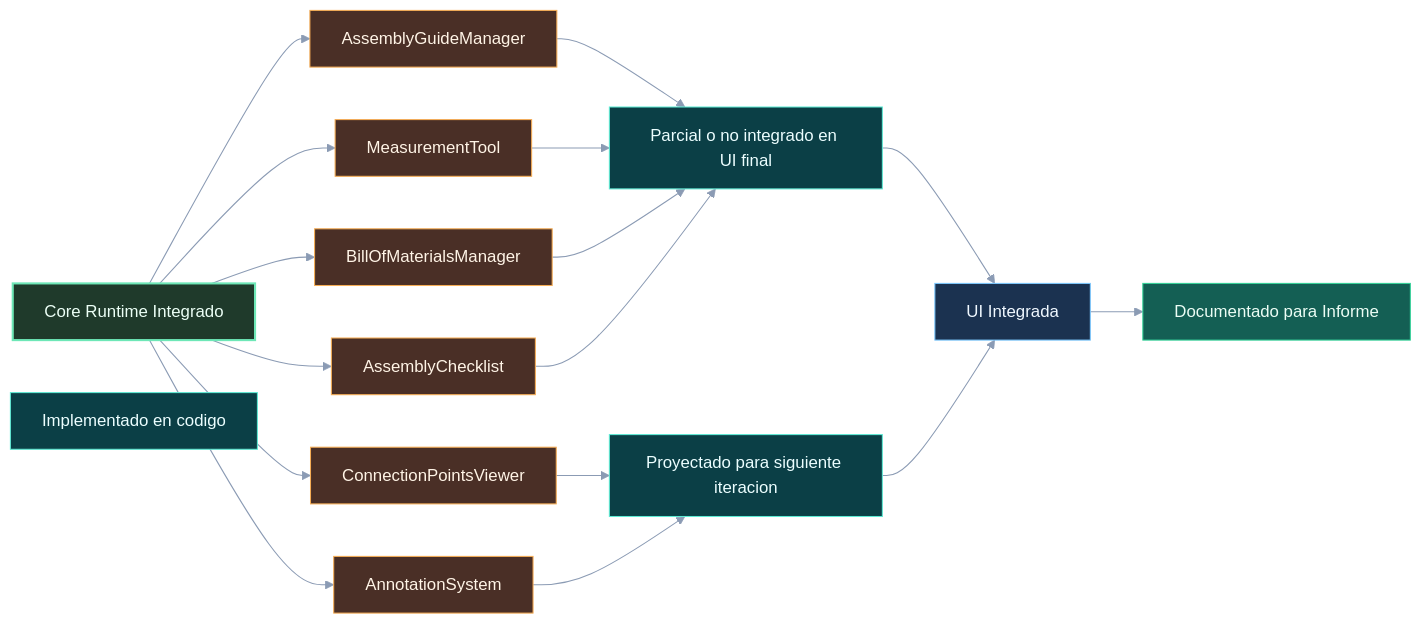
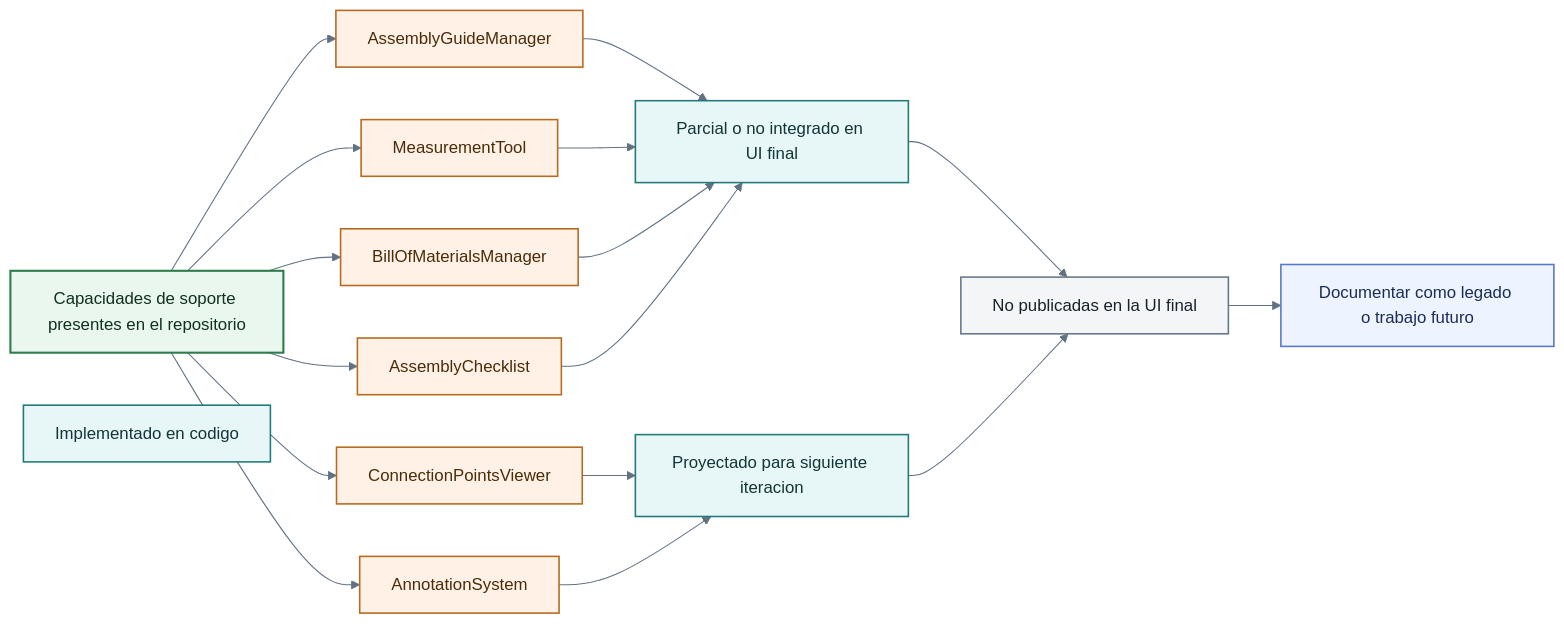
One commit to delarge95/WebGL-Thesis-Proposal changed the diagram in Informe_final/Desarrollo_App/Audits/07_Diagrams_Workflow/rendered/fig_4_9.mmd. Above: the diagram before and after it, drawn with Mermaid. The commit also changed other lines of this file and 53 other files, not shown here.

First line of the commit message:
Checkpoint 2026-04-12: correcciones ortograficas, audits y rerender Mermaid en propuesta/informe

```diff
--- a/Informe_final/Desarrollo_App/Audits/07_Diagrams_Workflow/rendered/fig_4_9.mmd
+++ b/Informe_final/Desarrollo_App/Audits/07_Diagrams_Workflow/rendered/fig_4_9.mmd
@@ -1,60 +1,60 @@
 %%{init: {'theme':'base','themeVariables': {
-  'fontFamily':'system-ui, -apple-system, Segoe UI, sans-serif',
-  'background':'#0b0f17',
-  'primaryColor':'#151b2b',
-  'primaryTextColor':'#e6edf7',
-  'primaryBorderColor':'#7dd3fc',
-  'lineColor':'#8b9bb4',
-  'textColor':'#e6edf7',
-  'edgeLabelBackground':'#0f1724'
+  'fontFamily':'Trebuchet MS, Segoe UI, sans-serif',
+  'background':'#fcfcf8',
+  'primaryColor':'#f5f7fb',
+  'primaryTextColor':'#102033',
+  'primaryBorderColor':'#4a6fa5',
+  'lineColor':'#617184',
+  'textColor':'#102033',
+  'edgeLabelBackground':'#f7f9fc'
 }}}%%
 flowchart LR
-  CORE[Core Runtime Integrado]
-  UI[UI Integrada]
-  DOC[Documentado para Informe]
+  CORE[Capacidades de soporte presentes en el repositorio]
+  UI[No publicadas en la UI final]
+  DOC[Documentar como legado o trabajo futuro]
 
   A1[AssemblyGuideManager]
   A2[MeasurementTool]
   A3[ConnectionPointsViewer]
   A4[BillOfMaterialsManager]
   A5[AnnotationSystem]
   A6[AssemblyChecklist]
 
   ST1[Implementado en codigo]
   ST2[Parcial o no integrado en UI final]
   ST3[Proyectado para siguiente iteracion]
 
   CORE --> A1
   CORE --> A2
   CORE --> A3
   CORE --> A4
   CORE --> A5
   CORE --> A6
 
   A1 --> ST2
   A2 --> ST2
   A3 --> ST3
   A4 --> ST2
   A5 --> ST3
   A6 --> ST2
 
   ST2 --> UI
   ST3 --> UI
   UI --> DOC
 
-  classDef ui fill:#1b3250,stroke:#7cc8ff,color:#f0f8ff,stroke-width:1px;
-  classDef orch fill:#1f3a2b,stroke:#6ee7b7,color:#ecfff6,stroke-width:2px;
-  classDef svc fill:#4a2f26,stroke:#f6ad55,color:#fff4e6,stroke-width:1px;
-  classDef data fill:#2f2a44,stroke:#c4b5fd,color:#f5f3ff,stroke-width:1px;
-  classDef event fill:#3d2348,stroke:#e879f9,color:#fdf4ff,stroke-width:1px;
-  classDef state fill:#0b3f46,stroke:#5eead4,color:#ecfeff,stroke-width:1px;
-  classDef risk fill:#5a1c1c,stroke:#f87171,color:#fff1f2,stroke-width:2px;
-  classDef mitigation fill:#223a76,stroke:#7dd3fc,color:#f0f8ff,stroke-width:1px;
-  classDef result fill:#145f54,stroke:#34d399,color:#ecfdf5,stroke-width:1px;
-  classDef neutral fill:#2b3140,stroke:#8b9bb4,color:#e6edf7,stroke-width:1px;
+  classDef ui fill:#eaf2fb,stroke:#3b6ea5,color:#102033,stroke-width:1.5px;
+  classDef orch fill:#e9f7ef,stroke:#2f7d4c,color:#10311c,stroke-width:2px;
+  classDef svc fill:#fff1e6,stroke:#b56a1e,color:#4b2b08,stroke-width:1.5px;
+  classDef data fill:#f2ecfb,stroke:#7a59b5,color:#281642,stroke-width:1.5px;
+  classDef event fill:#f7e9fa,stroke:#a44fb3,color:#45154a,stroke-width:1.5px;
+  classDef state fill:#e7f6f7,stroke:#21797a,color:#123536,stroke-width:1.5px;
+  classDef risk fill:#fdeaea,stroke:#c23b3b,color:#5a1515,stroke-width:2px;
+  classDef mitigation fill:#edf3ff,stroke:#5877c6,color:#1b2d57,stroke-width:1.5px;
+  classDef result fill:#e8f8ef,stroke:#2d8a57,color:#123322,stroke-width:1.5px;
+  classDef neutral fill:#f3f5f7,stroke:#677788,color:#17212b,stroke-width:1.5px;
 
   class CORE orch;
-  class UI ui;
-  class DOC result;
+  class UI neutral;
+  class DOC mitigation;
   class A1,A2,A3,A4,A5,A6 svc;
   class ST1,ST2,ST3 state;
```
